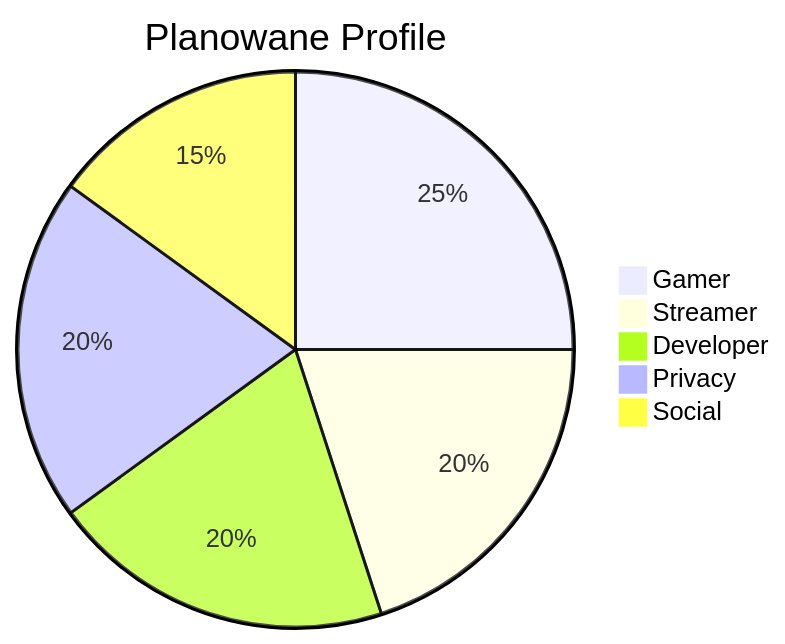
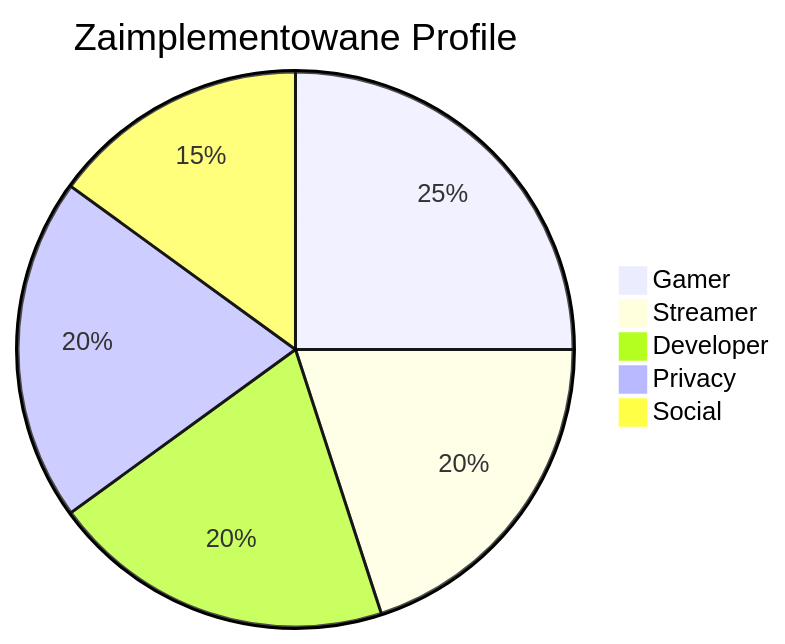
Before and after one commit to vantisCorp/VantisWeb: the second of 6 diagrams in README.md, drawn with Mermaid. The commit also changed other lines of this file and 1 other file, not shown here.

First line of the commit message:
feat(profiles): add streamer and social profile templates

````diff
--- a/README.md
+++ b/README.md
@@ -178,8 +184,8 @@
 ```mermaid
-pie title Planowane Profile
+pie title Zaimplementowane Profile
     "Gamer" : 25
     "Streamer" : 20
     "Developer" : 20
     "Privacy" : 20
     "Social" : 15
 ```
````
